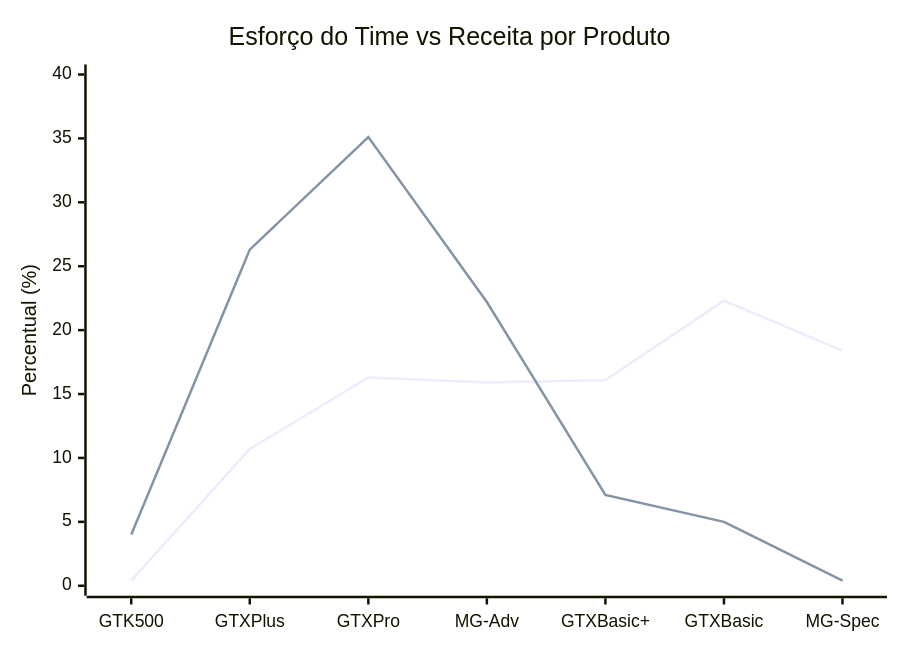
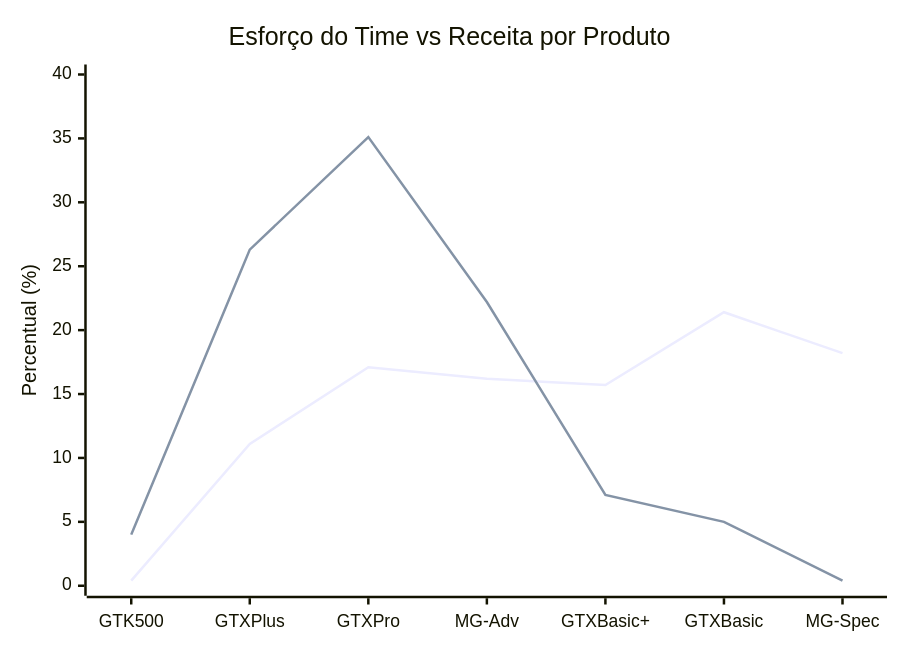
One commit to Gestao-Quatro-Ponto-Zero/ai-master-challenge changed the first of 2 diagrams in submissions/gabriel-moreira/README.md. Above: the diagram before and after it, drawn with Mermaid. The commit also changed other lines of this file and 71 other files, not shown here.

````diff
--- a/submissions/gabriel-moreira/README.md
+++ b/submissions/gabriel-moreira/README.md
@@ -46,8 +46,8 @@
 ```mermaid
 xychart-beta
     title "Esforço do Time vs Receita por Produto"
     x-axis [GTK500, GTXPlus, GTXPro, "MG-Adv", "GTXBasic+", GTXBasic, "MG-Spec"]
     y-axis "Percentual (%)" 0 --> 40
-    line "Esforço %" [0.4, 10.7, 16.3, 15.9, 16.1, 22.3, 18.4]
+    line "Esforço %" [0.4, 11.1, 17.1, 16.2, 15.7, 21.4, 18.2]
     line "Receita %" [4.0, 26.3, 35.1, 22.2, 7.1, 5.0, 0.4]
 ```
````
